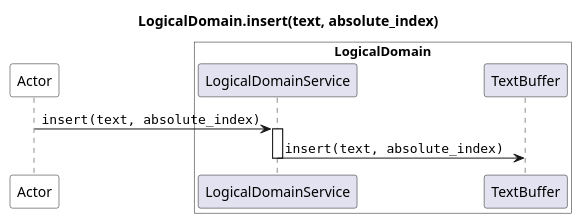
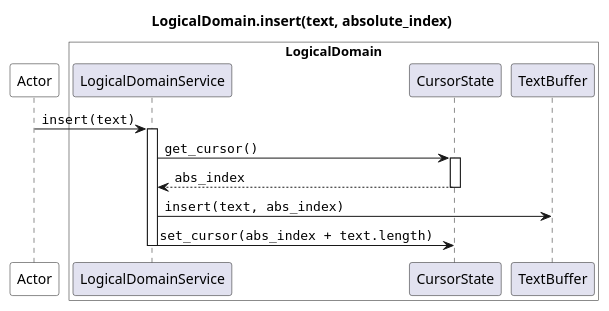
The diagram in docs/source/specs/architecture/diagrams/sequence/seq_insert_logical.puml (JoeRittiner/TextEngine), drawn with PlantUML before and after one commit. The commit also changed 1 other file, not shown here.

Commit message:
doc: Update insert diagrams

```diff
--- a/docs/source/specs/architecture/diagrams/sequence/seq_insert_logical.puml
+++ b/docs/source/specs/architecture/diagrams/sequence/seq_insert_logical.puml
@@ -1,16 +1,23 @@
 @startuml
 
 title LogicalDomain.insert(text, absolute_index)
 
 participant Actor as app #white
 box "LogicalDomain" #white
     participant LogicalDomainService as LS
+    participant CursorState as CS
     participant TextBuffer as TB
 end box
 
-app -> LS : ""insert(text, absolute_index)""
+app -> LS : ""insert(text)""
 activate LS
-    LS -> TB : ""insert(text, absolute_index)""
+    LS -> CS : ""get_cursor()""
+    activate CS
+        return ""abs_index""
+    LS -> TB : ""insert(text, abs_index)""
+
+    LS -> CS : ""set_cursor(abs_index + text.length)""
+
     deactivate LS
 
 @enduml
```
